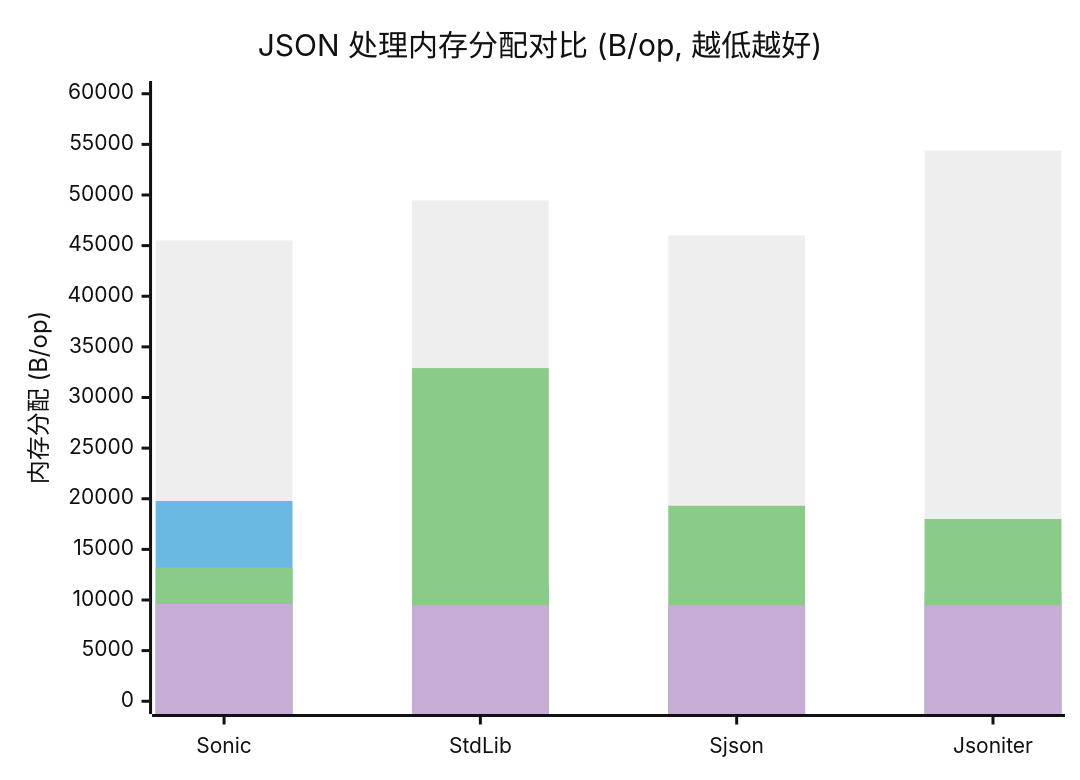
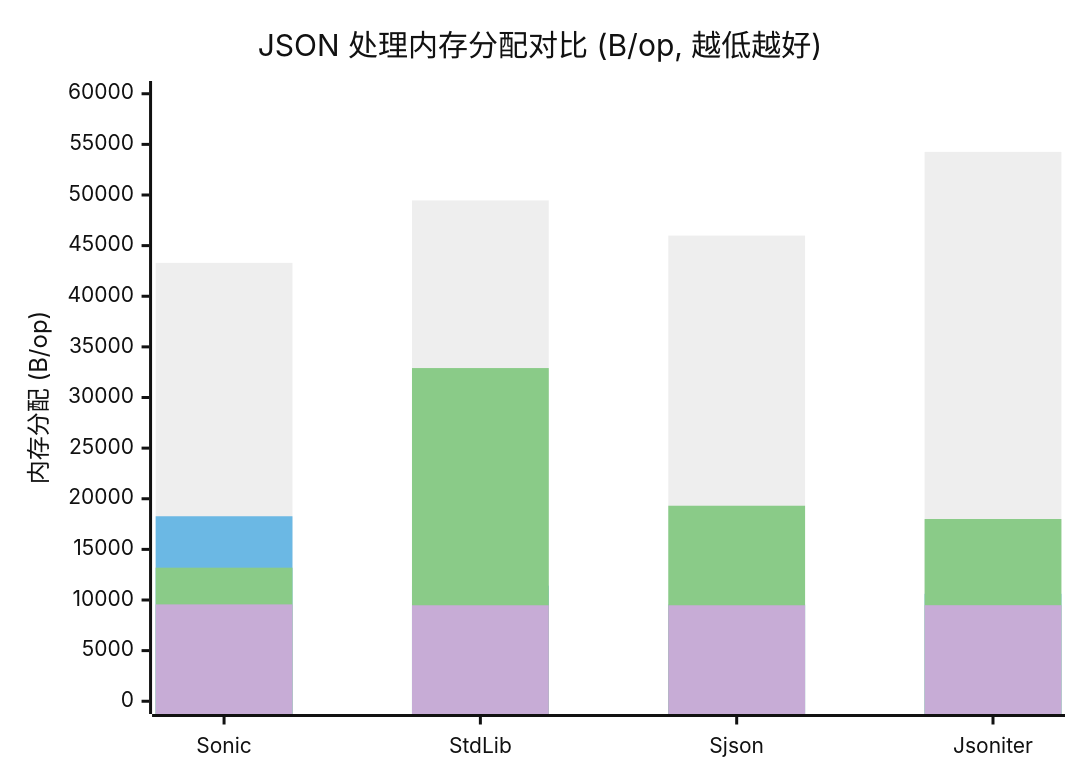
One commit to linkxzhou/sjson changed the sixth of 6 diagrams in README.md. Above: the diagram before and after it, drawn with Mermaid (neutral theme). The commit also changed other lines of this file and 2 other files, not shown here.

````diff
--- a/README.md
+++ b/README.md
@@ -336,10 +336,10 @@
 ```mermaid
 xychart-beta
     title "JSON 处理内存分配对比 (B/op, 越低越好)"
     x-axis ["Sonic", "StdLib", "Sjson", "Jsoniter"]
     y-axis "内存分配 (B/op)" 0 --> 60000
-    bar "Unmarshal Generic" [45513, 49464, 46002, 54388]
-    bar "Unmarshal Binding" [19779, 11416, 9554, 10704]
-    bar "Marshal Generic" [13208, 32904, 19309, 17998]
-    bar "Marshal Binding" [9605, 9479, 9479, 9487]
+    bar "Unmarshal Generic" [43299, 49464, 45991, 54259]
+    bar "Unmarshal Binding" [18270, 11416, 9552, 10608]
+    bar "Marshal Generic" [13192, 32907, 19311, 17999]
+    bar "Marshal Binding" [9567, 9479, 9479, 9487]
 ```
````
